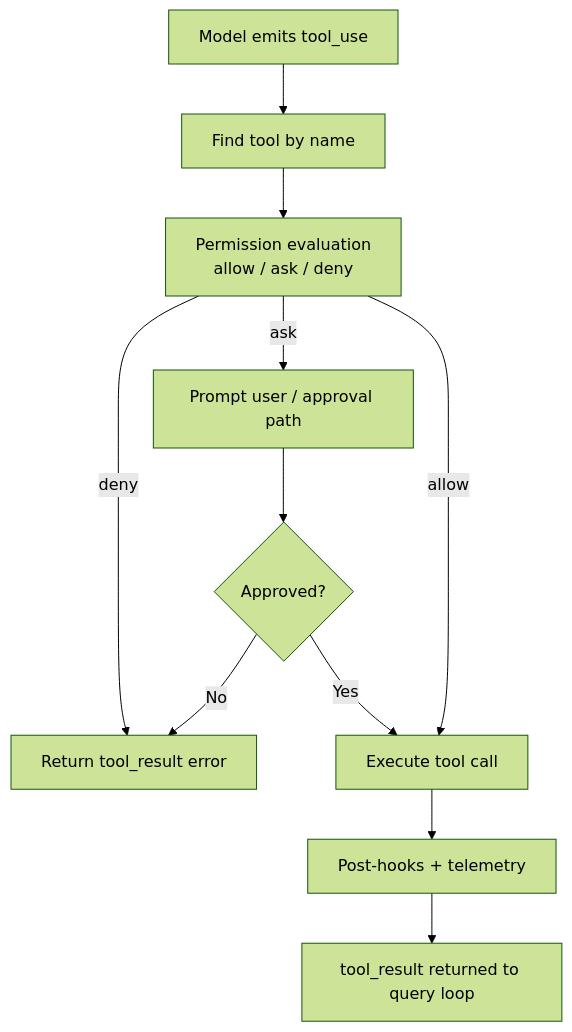
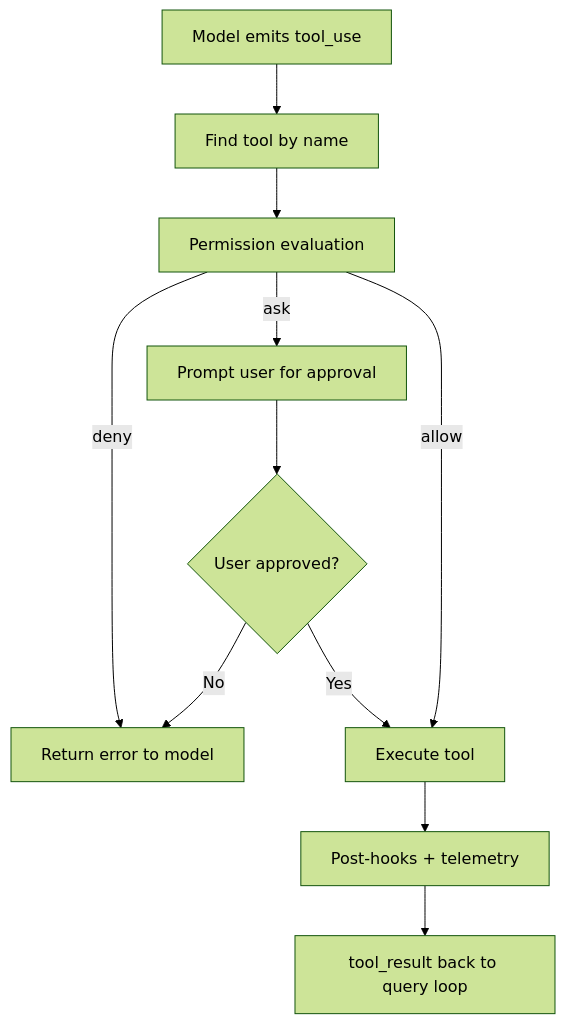
One commit to raphy78626/claude-code-source-architecture-guide changed the fourth of 4 diagrams in docs/architecture/CLAUDE_CODE_ARCHITECTURE_EASY.md. Above: the diagram before and after it, drawn with Mermaid (forest theme). The commit also changed other lines of this file and 4 other files, not shown here.

First line of the commit message:
docs: rewrite architecture guide for readability and clickable navigation

````diff
--- a/docs/architecture/CLAUDE_CODE_ARCHITECTURE_EASY.md
+++ b/docs/architecture/CLAUDE_CODE_ARCHITECTURE_EASY.md
@@ -173,13 +191,13 @@
 ```mermaid
 flowchart TD
     A["Model emits tool_use"] --> B["Find tool by name"]
-    B --> C["Permission evaluation<br/>allow / ask / deny"]
-    C -->|deny| D["Return tool_result error"]
-    C -->|ask| E["Prompt user / approval path"]
-    E --> F{"Approved?"}
+    B --> C["Permission evaluation"]
+    C -->|deny| D["Return error to model"]
+    C -->|ask| E["Prompt user for approval"]
+    E --> F{"User approved?"}
     F -->|No| D
-    F -->|Yes| G["Execute tool call"]
+    F -->|Yes| G["Execute tool"]
     C -->|allow| G
     G --> H["Post-hooks + telemetry"]
-    H --> I["tool_result returned to query loop"]
+    H --> I["tool_result back to query loop"]
 ```
````
